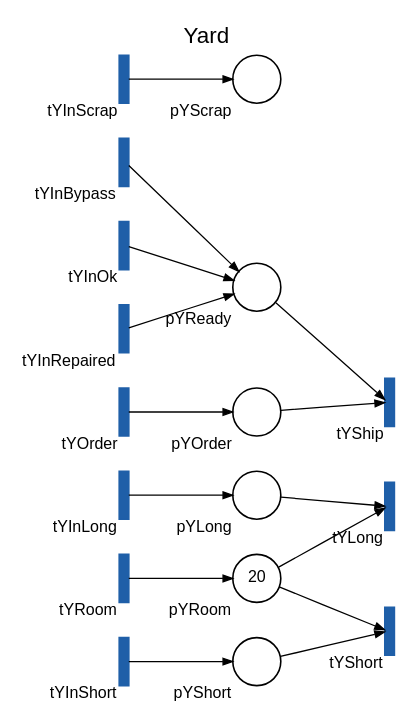
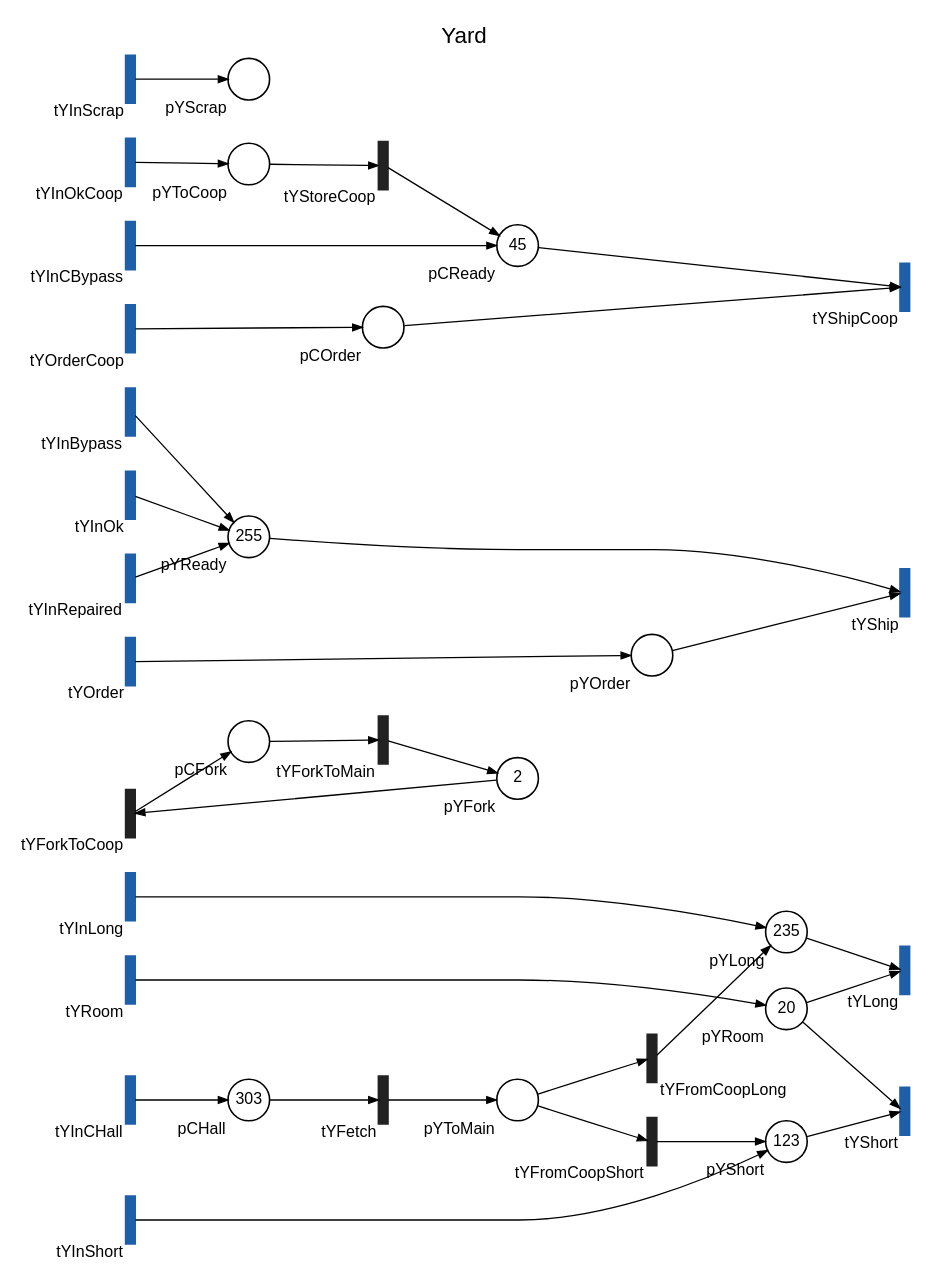
Before and after one commit to DanyGoT/DAT530-Project: the diagram in figures/nets/yard.dot, drawn with Graphviz. The commit also changed 21 other files, not shown here.

First line of the commit message:
feat(figures): net drawings made from the PDFs (net_dot)

```diff
--- a/figures/nets/yard.dot
+++ b/figures/nets/yard.dot
@@ -1,34 +1,76 @@
-// Yard module (modules/yard/yard_pdf.m)
-// Circles: places. Bars: transitions, blue = port.
-// Tokens shown: pYRoom = P.hall_buffer. pYLong, pYShort (backlog) and
-// pYReady (stock) start from data.
+// Yard module, made by analysis/net_dot.m from yard_pdf.m.
 digraph Yard {
-  rankdir=LR; nodesep=0.3; ranksep=0.9; forcelabels=true;
+  rankdir=LR; nodesep=0.3; ranksep=0.8; forcelabels=true;
   label="Yard"; labelloc=t; fontname="Helvetica"; fontsize=14;
   node [fontname="Helvetica", fontsize=10, label=""];
   edge [arrowsize=0.6, penwidth=0.8];
-
-  node [shape=box, style=filled, fixedsize=true, width=0.08, height=0.42,
-        color="#1f5fa8", fillcolor="#1f5fa8"];
-  { rank=min;
-    tYInLong [xlabel="tYInLong"]; tYInShort [xlabel="tYInShort"]; tYRoom [xlabel="tYRoom"];
-    tYInBypass [xlabel="tYInBypass"]; tYInOk [xlabel="tYInOk"]; tYInRepaired [xlabel="tYInRepaired"];
-    tYOrder [xlabel="tYOrder"]; tYInScrap [xlabel="tYInScrap"]; }
-  { rank=max; tYLong [xlabel="tYLong"]; tYShort [xlabel="tYShort"]; tYShip [xlabel="tYShip"]; }
-
-  node [shape=circle, fixedsize=true, width=0.32, style="", color=black, fillcolor=white];
-  pYLong  [xlabel="pYLong"];
-  pYShort [xlabel="pYShort"];
-  pYRoom  [xlabel="pYRoom", label="20"];
-  pYReady [xlabel="pYReady"];
-  pYOrder [xlabel="pYOrder"];
-  pYScrap [xlabel="pYScrap"];
-
-  tYInLong -> pYLong;  tYInShort -> pYShort;  tYRoom -> pYRoom;
-  tYInBypass -> pYReady;  tYInOk -> pYReady;  tYInRepaired -> pYReady;
-  tYOrder -> pYOrder;  tYInScrap -> pYScrap;
-
-  pYLong -> tYLong;  pYRoom -> tYLong;
-  pYShort -> tYShort;  pYRoom -> tYShort;
-  pYReady -> tYShip;  pYOrder -> tYShip;
+  "tYFetch" [shape=box, style=filled, fixedsize=true, width=0.08, height=0.42, color="#222222", fillcolor="#222222", xlabel="tYFetch"];
+  "tYForkToCoop" [shape=box, style=filled, fixedsize=true, width=0.08, height=0.42, color="#222222", fillcolor="#222222", xlabel="tYForkToCoop"];
+  "tYForkToMain" [shape=box, style=filled, fixedsize=true, width=0.08, height=0.42, color="#222222", fillcolor="#222222", xlabel="tYForkToMain"];
+  "tYFromCoopLong" [shape=box, style=filled, fixedsize=true, width=0.08, height=0.42, color="#222222", fillcolor="#222222", xlabel="tYFromCoopLong"];
+  "tYFromCoopShort" [shape=box, style=filled, fixedsize=true, width=0.08, height=0.42, color="#222222", fillcolor="#222222", xlabel="tYFromCoopShort"];
+  "tYInBypass" [shape=box, style=filled, fixedsize=true, width=0.08, height=0.42, color="#1f5fa8", fillcolor="#1f5fa8", xlabel="tYInBypass"];
+  "tYInCBypass" [shape=box, style=filled, fixedsize=true, width=0.08, height=0.42, color="#1f5fa8", fillcolor="#1f5fa8", xlabel="tYInCBypass"];
+  "tYInCHall" [shape=box, style=filled, fixedsize=true, width=0.08, height=0.42, color="#1f5fa8", fillcolor="#1f5fa8", xlabel="tYInCHall"];
+  "tYInLong" [shape=box, style=filled, fixedsize=true, width=0.08, height=0.42, color="#1f5fa8", fillcolor="#1f5fa8", xlabel="tYInLong"];
+  "tYInOk" [shape=box, style=filled, fixedsize=true, width=0.08, height=0.42, color="#1f5fa8", fillcolor="#1f5fa8", xlabel="tYInOk"];
+  "tYInOkCoop" [shape=box, style=filled, fixedsize=true, width=0.08, height=0.42, color="#1f5fa8", fillcolor="#1f5fa8", xlabel="tYInOkCoop"];
+  "tYInRepaired" [shape=box, style=filled, fixedsize=true, width=0.08, height=0.42, color="#1f5fa8", fillcolor="#1f5fa8", xlabel="tYInRepaired"];
+  "tYInScrap" [shape=box, style=filled, fixedsize=true, width=0.08, height=0.42, color="#1f5fa8", fillcolor="#1f5fa8", xlabel="tYInScrap"];
+  "tYInShort" [shape=box, style=filled, fixedsize=true, width=0.08, height=0.42, color="#1f5fa8", fillcolor="#1f5fa8", xlabel="tYInShort"];
+  "tYLong" [shape=box, style=filled, fixedsize=true, width=0.08, height=0.42, color="#1f5fa8", fillcolor="#1f5fa8", xlabel="tYLong"];
+  "tYOrder" [shape=box, style=filled, fixedsize=true, width=0.08, height=0.42, color="#1f5fa8", fillcolor="#1f5fa8", xlabel="tYOrder"];
+  "tYOrderCoop" [shape=box, style=filled, fixedsize=true, width=0.08, height=0.42, color="#1f5fa8", fillcolor="#1f5fa8", xlabel="tYOrderCoop"];
+  "tYRoom" [shape=box, style=filled, fixedsize=true, width=0.08, height=0.42, color="#1f5fa8", fillcolor="#1f5fa8", xlabel="tYRoom"];
+  "tYShip" [shape=box, style=filled, fixedsize=true, width=0.08, height=0.42, color="#1f5fa8", fillcolor="#1f5fa8", xlabel="tYShip"];
+  "tYShipCoop" [shape=box, style=filled, fixedsize=true, width=0.08, height=0.42, color="#1f5fa8", fillcolor="#1f5fa8", xlabel="tYShipCoop"];
+  "tYShort" [shape=box, style=filled, fixedsize=true, width=0.08, height=0.42, color="#1f5fa8", fillcolor="#1f5fa8", xlabel="tYShort"];
+  "tYStoreCoop" [shape=box, style=filled, fixedsize=true, width=0.08, height=0.42, color="#222222", fillcolor="#222222", xlabel="tYStoreCoop"];
+  { rank=min; "tYInLong"; "tYInShort"; "tYInBypass"; "tYInOk"; "tYInOkCoop"; "tYInScrap"; "tYInRepaired"; "tYInCHall"; "tYInCBypass"; "tYRoom"; "tYOrder"; "tYOrderCoop";  }
+  { rank=max; "tYLong"; "tYShort"; "tYShip"; "tYShipCoop";  }
+  "pYLong" [shape=circle, fixedsize=true, width=0.36, xlabel="pYLong", label="235"];
+  "pYShort" [shape=circle, fixedsize=true, width=0.36, xlabel="pYShort", label="123"];
+  "pYReady" [shape=circle, fixedsize=true, width=0.36, xlabel="pYReady", label="255"];
+  "pYScrap" [shape=circle, fixedsize=true, width=0.36, xlabel="pYScrap", label=""];
+  "pYRoom" [shape=circle, fixedsize=true, width=0.36, xlabel="pYRoom", label="20"];
+  "pYOrder" [shape=circle, fixedsize=true, width=0.36, xlabel="pYOrder", label=""];
+  "pYFork" [shape=circle, fixedsize=true, width=0.36, xlabel="pYFork", label="2"];
+  "pCHall" [shape=circle, fixedsize=true, width=0.36, xlabel="pCHall", label="303"];
+  "pCReady" [shape=circle, fixedsize=true, width=0.36, xlabel="pCReady", label="45"];
+  "pCOrder" [shape=circle, fixedsize=true, width=0.36, xlabel="pCOrder", label=""];
+  "pCFork" [shape=circle, fixedsize=true, width=0.36, xlabel="pCFork", label=""];
+  "pYToMain" [shape=circle, fixedsize=true, width=0.36, xlabel="pYToMain", label=""];
+  "pYToCoop" [shape=circle, fixedsize=true, width=0.36, xlabel="pYToCoop", label=""];
+  "tYInLong" -> "pYLong";
+  "tYInShort" -> "pYShort";
+  "tYInBypass" -> "pYReady";
+  "tYInOk" -> "pYReady";
+  "tYInScrap" -> "pYScrap";
+  "tYInRepaired" -> "pYReady";
+  "tYInOkCoop" -> "pYToCoop";
+  "pYToCoop" -> "tYStoreCoop";
+  "tYStoreCoop" -> "pCReady";
+  "tYInCHall" -> "pCHall";
+  "tYInCBypass" -> "pCReady";
+  "pCHall" -> "tYFetch";
+  "tYFetch" -> "pYToMain";
+  "pYToMain" -> "tYFromCoopLong";
+  "tYFromCoopLong" -> "pYLong";
+  "pYToMain" -> "tYFromCoopShort";
+  "tYFromCoopShort" -> "pYShort";
+  "tYOrder" -> "pYOrder";
+  "tYOrderCoop" -> "pCOrder";
+  "pYOrder" -> "tYShip";
+  "pYReady" -> "tYShip";
+  "pCOrder" -> "tYShipCoop";
+  "pCReady" -> "tYShipCoop";
+  "pYFork" -> "tYForkToCoop";
+  "tYForkToCoop" -> "pCFork";
+  "pCFork" -> "tYForkToMain";
+  "tYForkToMain" -> "pYFork";
+  "tYRoom" -> "pYRoom";
+  "pYLong" -> "tYLong";
+  "pYRoom" -> "tYLong";
+  "pYShort" -> "tYShort";
+  "pYRoom" -> "tYShort";
 }
```
